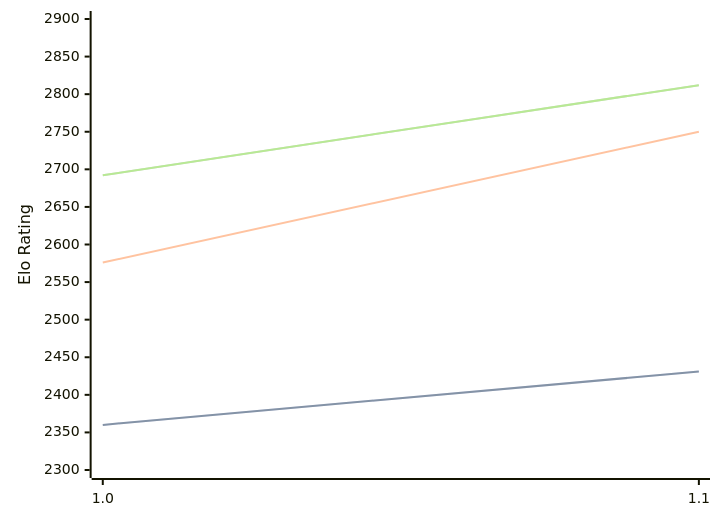
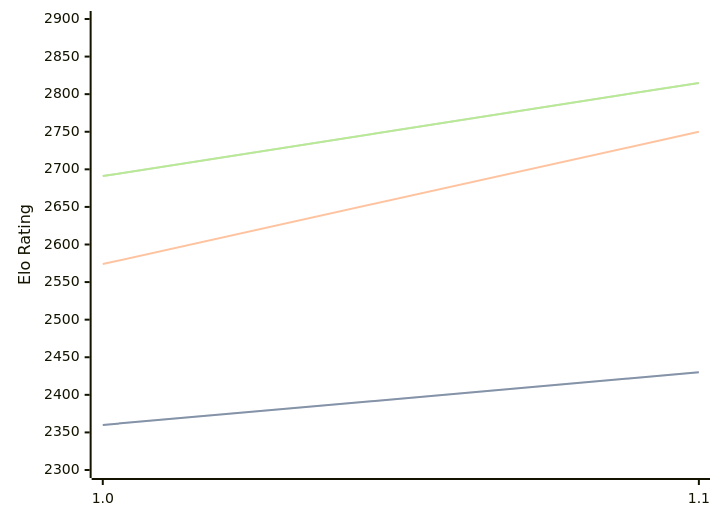
The diagram in engines/FoxChess.md (computer-chess-index/cci), drawn with Mermaid before and after one commit. The commit also changed other lines of this file, not shown here.

Commit message:
Update CCI Ratings (ELO VLTC) - 2026-04-21

````diff
--- a/engines/FoxChess.md
+++ b/engines/FoxChess.md
@@ -32,11 +32,11 @@
 ```mermaid
 %%{init: {"theme":"base","themeVariables":{"seriesColors:['#a3a3a3','#222221','#faa371']}}}%%
 xychart-beta
   x-axis ["1.0", "1.1"]
   y-axis "Elo Rating" 2300 --> 2900
-  line "STC (8.0+0.08s)" [2360, 2431]
-  line "STC (8.0+0.08s)" [2360, 2431]
-  line "LTC (60.0+0.60s)" [2576, 2750]
-  line "VLTC (2m24s+1.12s)" [2692, 2812]
-  line "VLTC (2m24s+1.12s)" [2692, 2812]
+  line "STC (8.0+0.08s)" [2360, 2430]
+  line "STC (8.0+0.08s)" [2360, 2430]
+  line "LTC (60.0+0.60s)" [2574, 2750]
+  line "VLTC (2m24s+1.12s)" [2691, 2815]
+  line "VLTC (2m24s+1.12s)" [2691, 2815]
 ```
````
